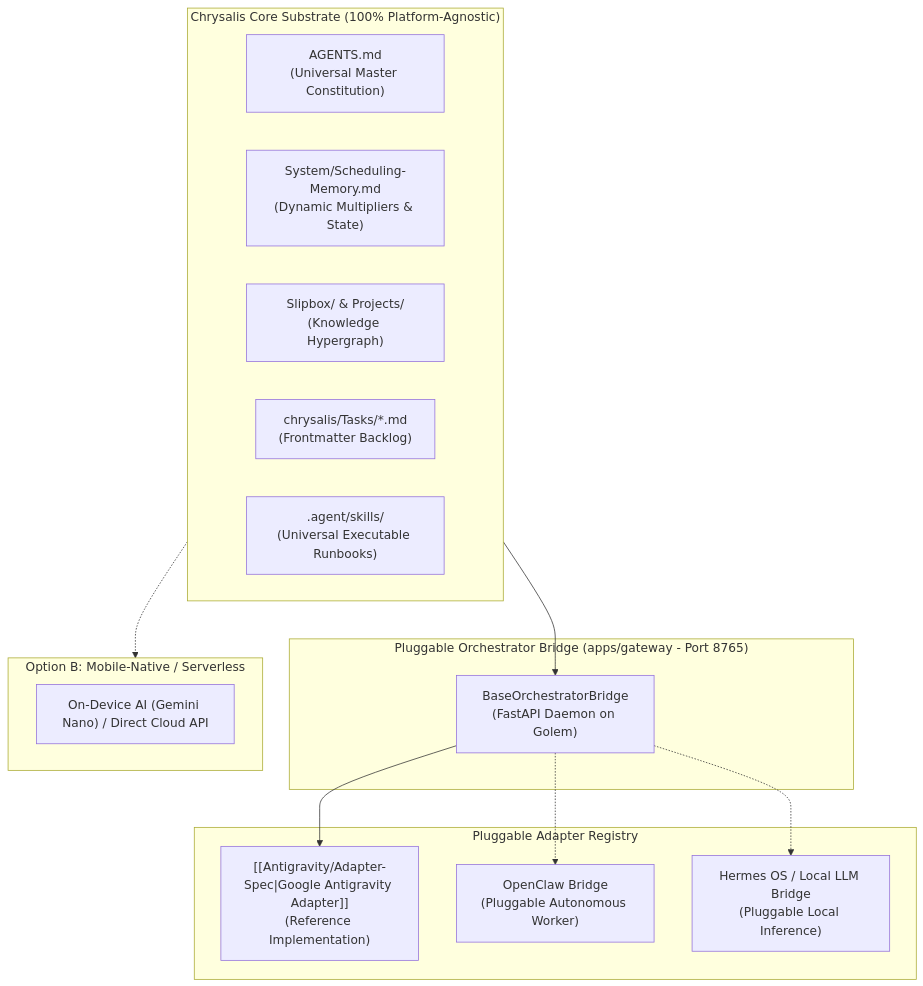
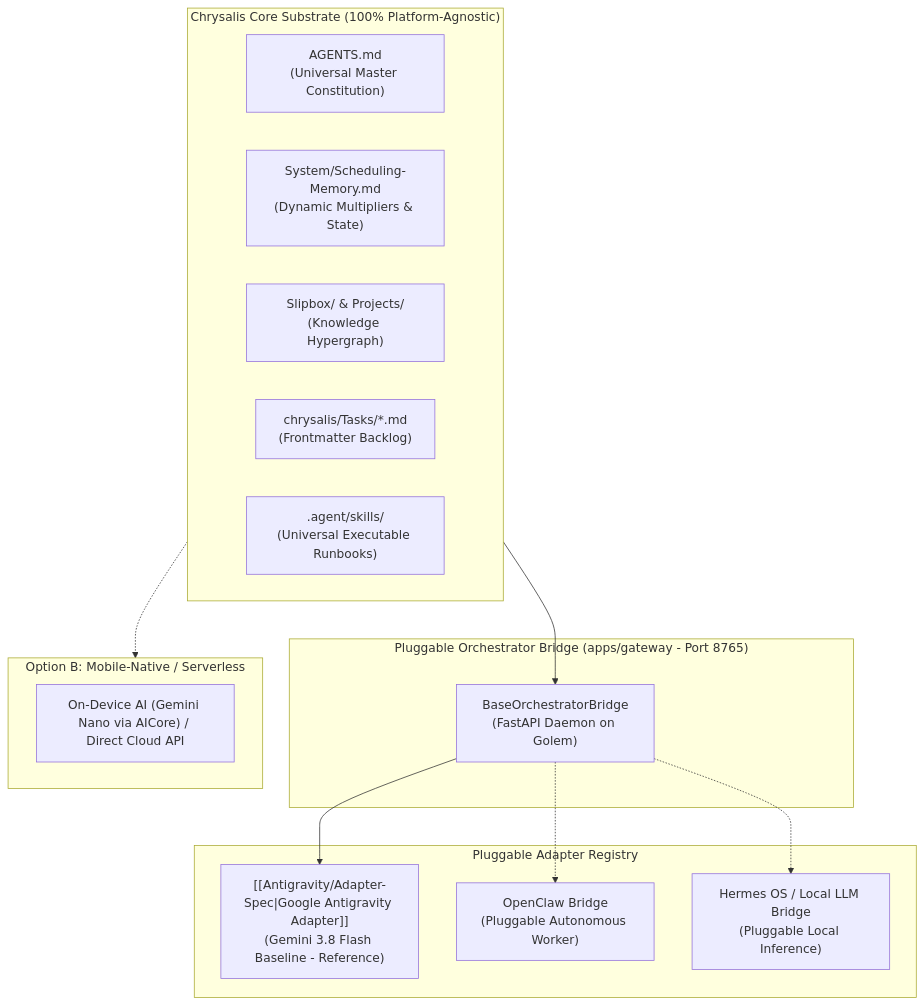
Before and after one commit to tama-gucci/chrysalis: the diagram in System/Orchestrators/README.md, drawn with Mermaid. The commit also changed other lines of this file and 18 other files, not shown here.

````diff
--- a/System/Orchestrators/README.md
+++ b/System/Orchestrators/README.md
@@ -19,30 +19,30 @@
 ```mermaid
 graph TD
     subgraph Substrate ["Chrysalis Core Substrate (100% Platform-Agnostic)"]
         Constitution["AGENTS.md<br/>(Universal Master Constitution)"]
         Memory["System/Scheduling-Memory.md<br/>(Dynamic Multipliers & State)"]
         Hypergraph["Slipbox/ & Projects/<br/>(Knowledge Hypergraph)"]
         Tasks["chrysalis/Tasks/*.md<br/>(Frontmatter Backlog)"]
         Skills[".agent/skills/<br/>(Universal Executable Runbooks)"]
     end
 
     subgraph ModularBridge ["Pluggable Orchestrator Bridge (apps/gateway - Port 8765)"]
         Bridge["BaseOrchestratorBridge<br/>(FastAPI Daemon on Golem)"]
     end
 
     subgraph OrchestratorAdapters ["Pluggable Adapter Registry"]
-        Antigravity["[[Antigravity/Adapter-Spec|Google Antigravity Adapter]]<br/>(Reference Implementation)"]
+        Antigravity["[[Antigravity/Adapter-Spec|Google Antigravity Adapter]]<br/>(Gemini 3.8 Flash Baseline - Reference)"]
         OpenClaw["OpenClaw Bridge<br/>(Pluggable Autonomous Worker)"]
         Hermes["Hermes OS / Local LLM Bridge<br/>(Pluggable Local Inference)"]
     end
 
     subgraph EdgeMode ["Option B: Mobile-Native / Serverless"]
-        EdgeAI["On-Device AI (Gemini Nano) / Direct Cloud API"]
+        EdgeAI["On-Device AI (Gemini Nano via AICore) / Direct Cloud API"]
     end
 
     Substrate --> Bridge
     Bridge --> Antigravity
     Bridge -.-> OpenClaw
     Bridge -.-> Hermes
     Substrate -.-> EdgeMode
 ```
````
